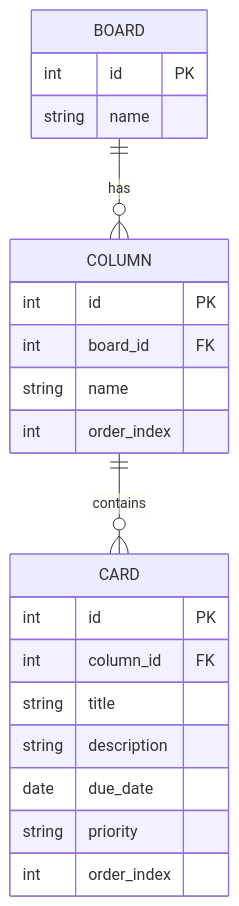
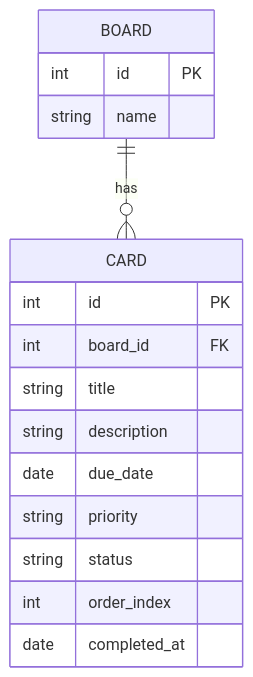
Before and after one commit to Masaki-0225/AIgakusyuu: the diagram in docs/database-design.md, drawn with Mermaid. The commit also changed other lines of this file and 3 other files, not shown here.

````diff
--- a/docs/database-design.md
+++ b/docs/database-design.md
@@ -5,25 +5,20 @@
 ```mermaid
 erDiagram
-    BOARD ||--o{ COLUMN : has
-    COLUMN ||--o{ CARD : contains
+    BOARD ||--o{ CARD : has
 
     BOARD {
         int id PK
         string name
     }
-    COLUMN {
+    CARD {
         int id PK
         int board_id FK
-        string name
-        int order_index
-    }
-    CARD {
-        int id PK
-        int column_id FK
         string title
         string description
         date due_date
         string priority
+        string status
         int order_index
+        date completed_at
     }
 ```
````
